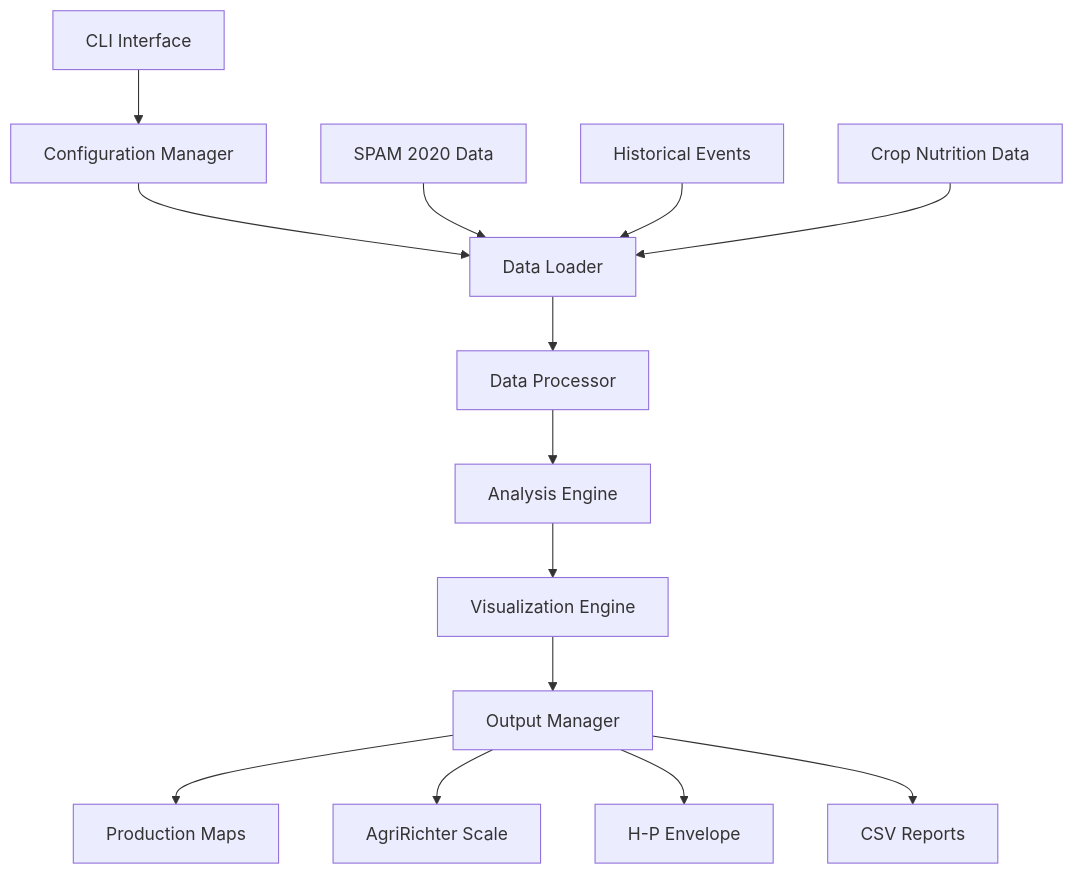
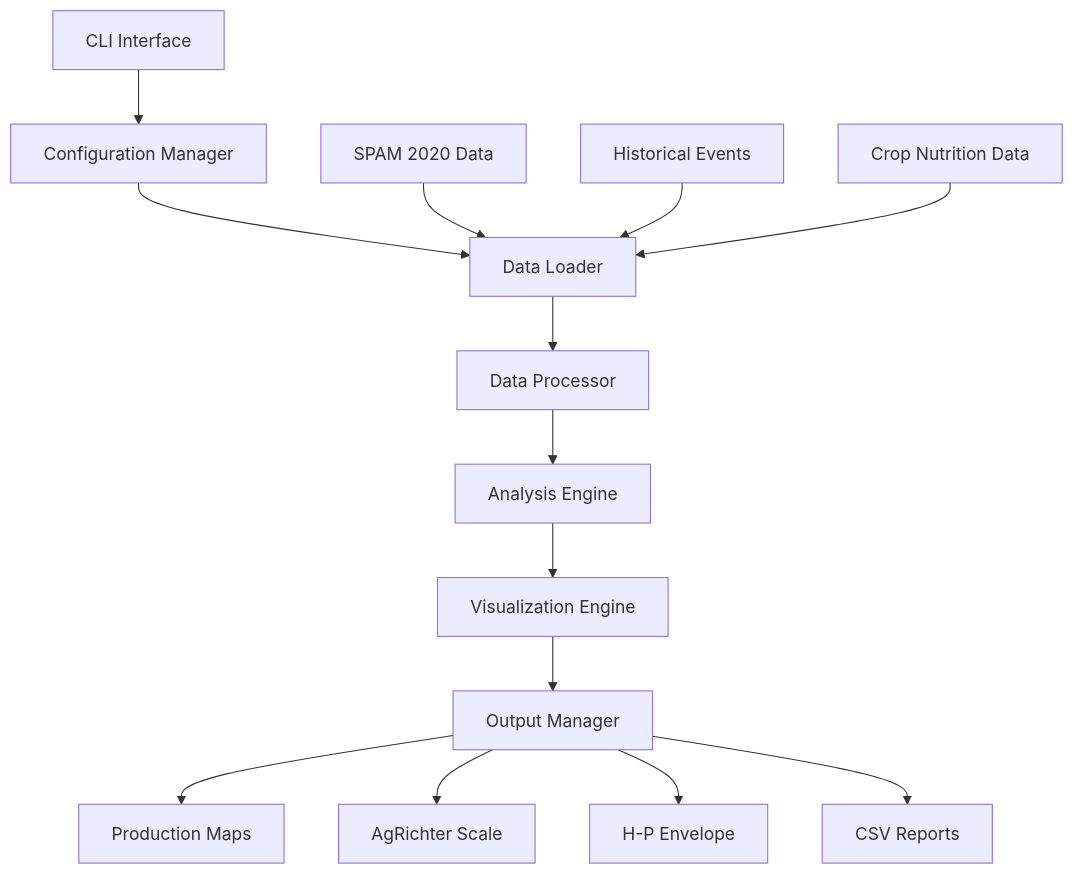
Before and after one commit to mjpuma/AgRichterScale: the diagram in .kiro/specs/agririchter-python/design.md, drawn with Mermaid. The commit also changed other lines of this file and 111 other files, not shown here.

````diff
--- a/.kiro/specs/agririchter-python/design.md
+++ b/.kiro/specs/agririchter-python/design.md
@@ -13,18 +13,18 @@
 ```mermaid
 graph TD
     A[CLI Interface] --> B[Configuration Manager]
     B --> C[Data Loader]
     C --> D[Data Processor]
     D --> E[Analysis Engine]
     E --> F[Visualization Engine]
     F --> G[Output Manager]
     
     H[SPAM 2020 Data] --> C
     I[Historical Events] --> C
     J[Crop Nutrition Data] --> C
     
     G --> K[Production Maps]
-    G --> L[AgriRichter Scale]
+    G --> L[AgRichter Scale]
     G --> M[H-P Envelope]
     G --> N[CSV Reports]
 ```
````
